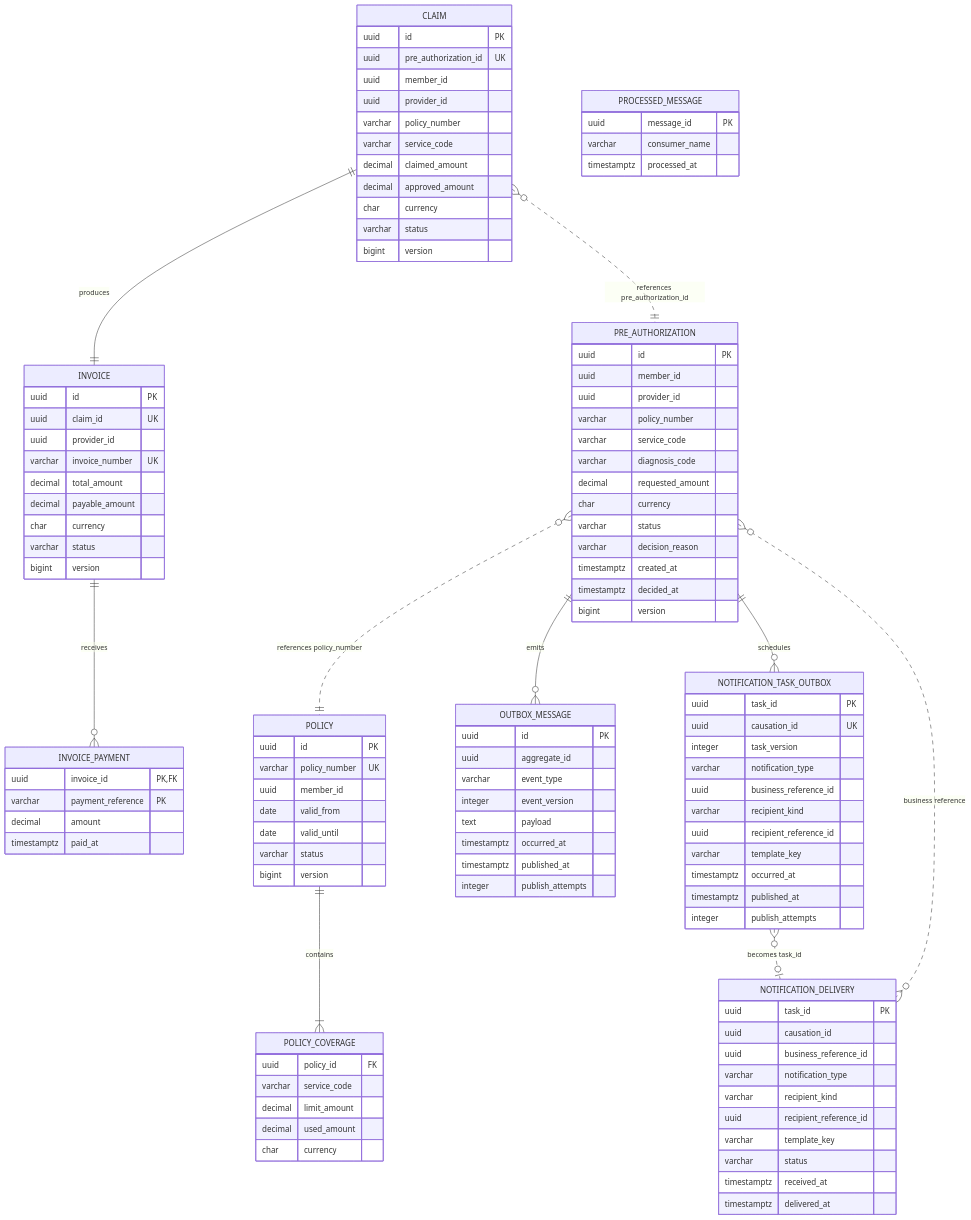
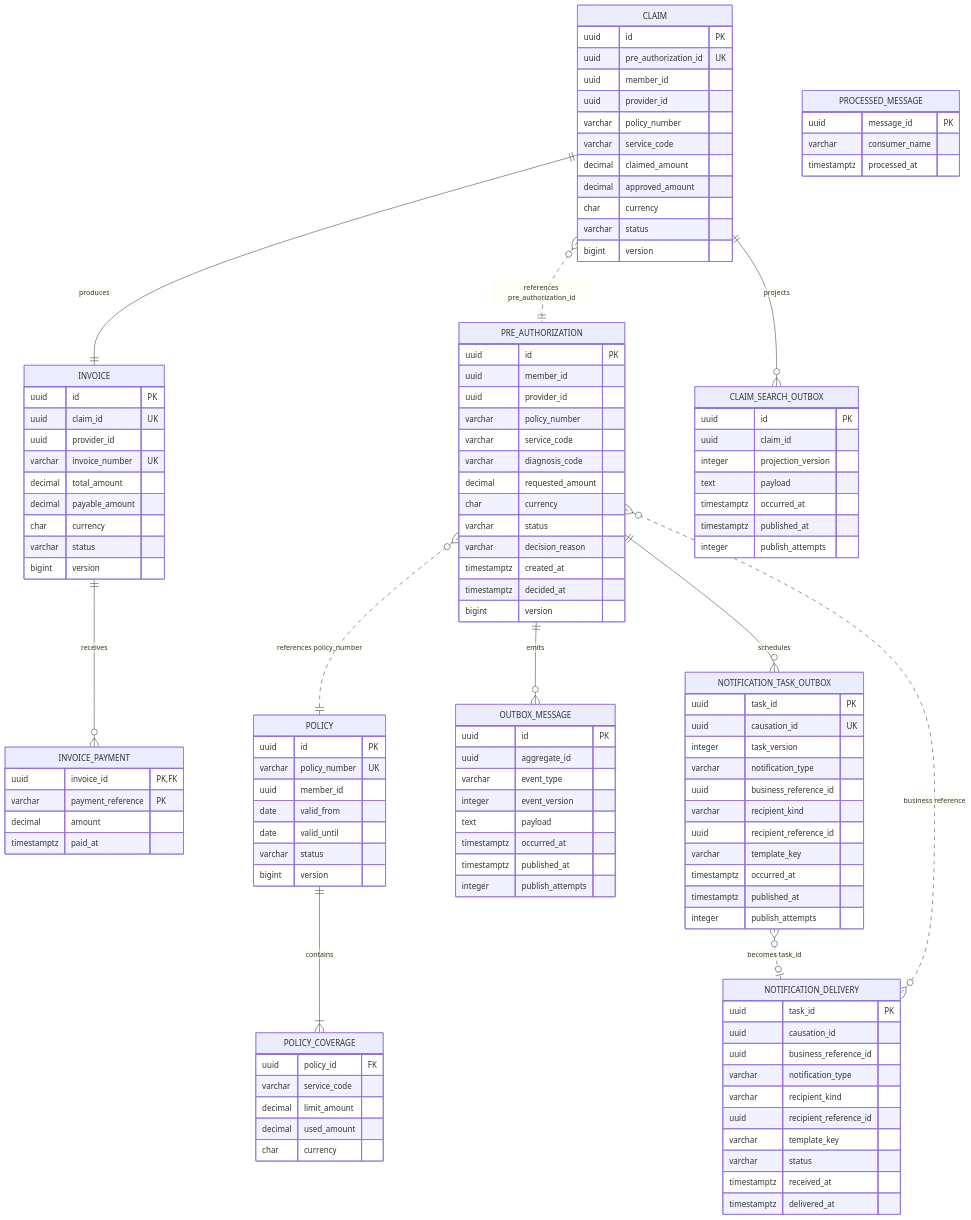
Before and after one commit to aydindemir1/health-insurance-platform: the diagram in docs/architecture/data-model.md, drawn with Mermaid. The commit also changed other lines of this file and 23 other files, not shown here.

```diff
--- a/docs/architecture/data-model.md
+++ b/docs/architecture/data-model.md
@@ -10,6 +10,7 @@
     CLAIM ||--|| INVOICE : produces
     INVOICE ||--o{ INVOICE_PAYMENT : receives
     CLAIM }o..|| PRE_AUTHORIZATION : "references pre_authorization_id"
+    CLAIM ||--o{ CLAIM_SEARCH_OUTBOX : projects
     PRE_AUTHORIZATION ||--o{ OUTBOX_MESSAGE : emits
     PRE_AUTHORIZATION ||--o{ NOTIFICATION_TASK_OUTBOX : schedules
     NOTIFICATION_TASK_OUTBOX }o..o| NOTIFICATION_DELIVERY : "becomes task_id"
@@ -104,6 +105,15 @@
         varchar consumer_name
         timestamptz processed_at
     }
+    CLAIM_SEARCH_OUTBOX {
+        uuid id PK
+        uuid claim_id
+        integer projection_version
+        text payload
+        timestamptz occurred_at
+        timestamptz published_at
+        integer publish_attempts
+    }
     NOTIFICATION_DELIVERY {
         uuid task_id PK
         uuid causation_id
```
